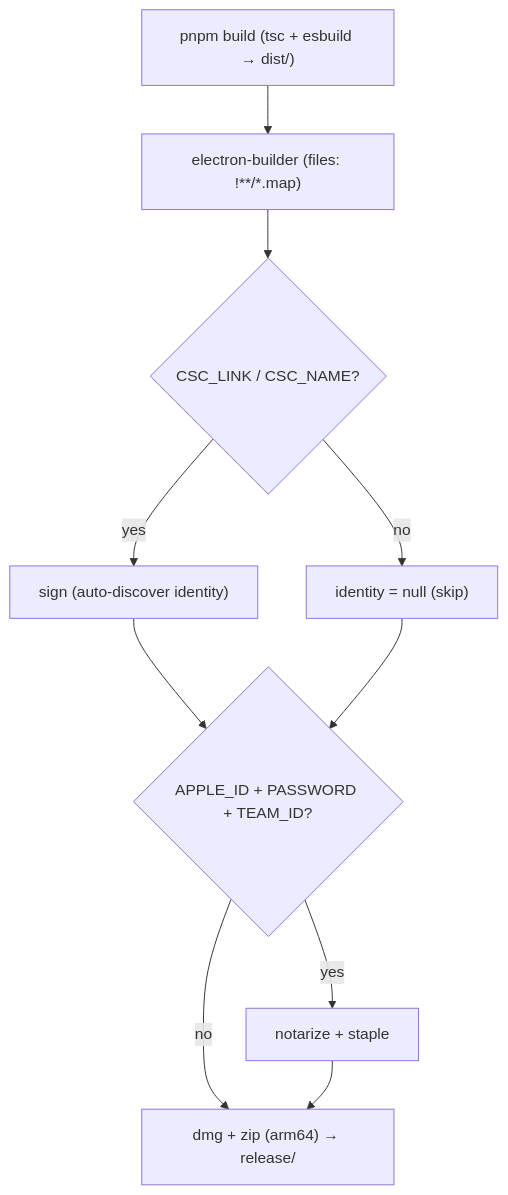
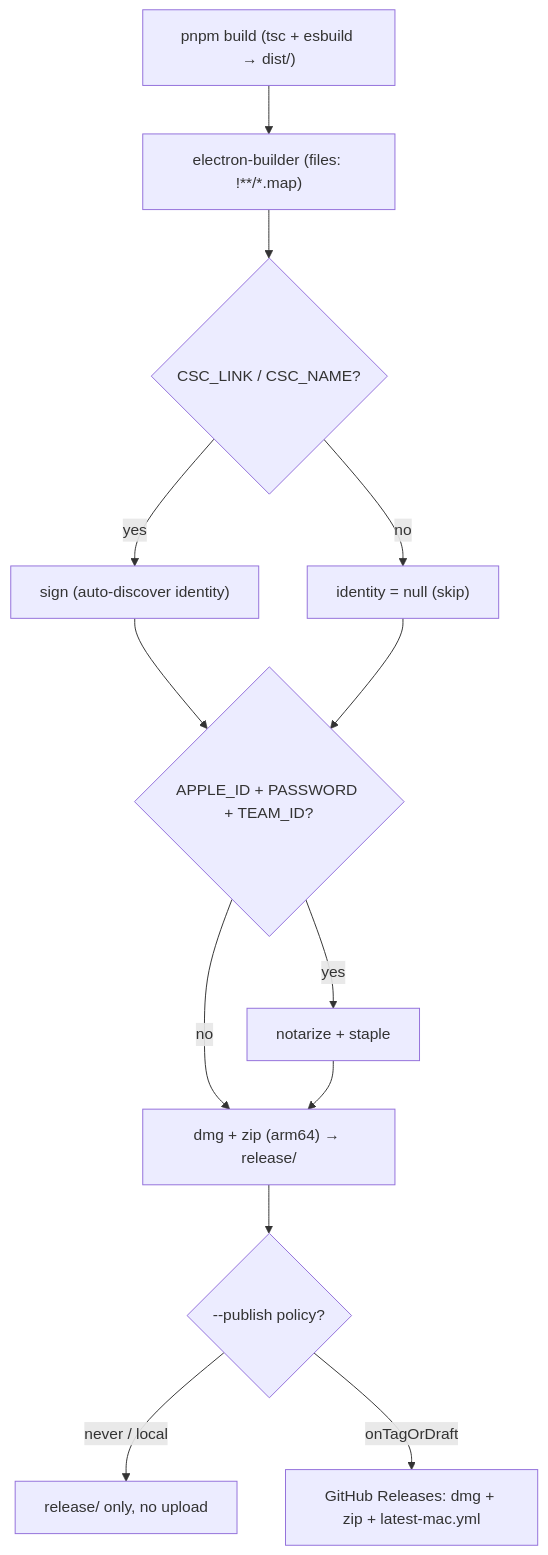
One commit to tangentlin/burnbar changed the diagram in docs/modules/packaging.md. Above: the diagram before and after it, drawn with Mermaid. The commit also changed other lines of this file and 22 other files, not shown here.

````diff
--- a/docs/modules/packaging.md
+++ b/docs/modules/packaging.md
@@ -32,12 +33,15 @@
 ```mermaid
 flowchart TD
     build["pnpm build (tsc + esbuild → dist/)"] --> eb["electron-builder (files: !**/*.map)"]
     eb --> sign{"CSC_LINK / CSC_NAME?"}
     sign -- yes --> signed["sign (auto-discover identity)"]
     sign -- no --> unsigned["identity = null (skip)"]
     signed --> notar{"APPLE_ID + PASSWORD + TEAM_ID?"}
     unsigned --> notar
     notar -- yes --> stapled["notarize + staple"]
     notar -- no --> done["dmg + zip (arm64) → release/"]
     stapled --> done
+    done --> pub{"--publish policy?"}
+    pub -- never / local --> stop["release/ only, no upload"]
+    pub -- onTagOrDraft --> gh["GitHub Releases: dmg + zip + latest-mac.yml"]
 ```
````
